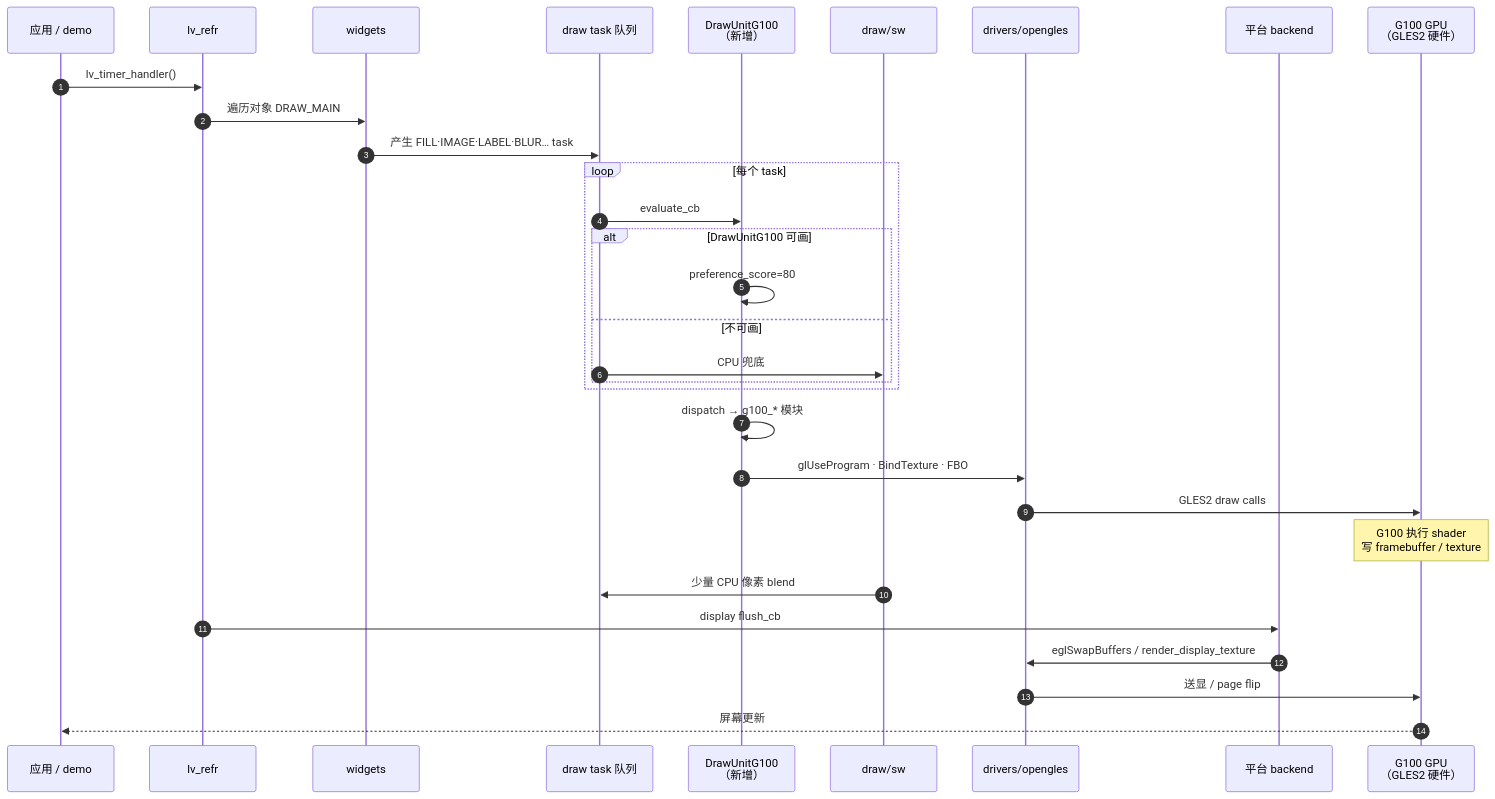
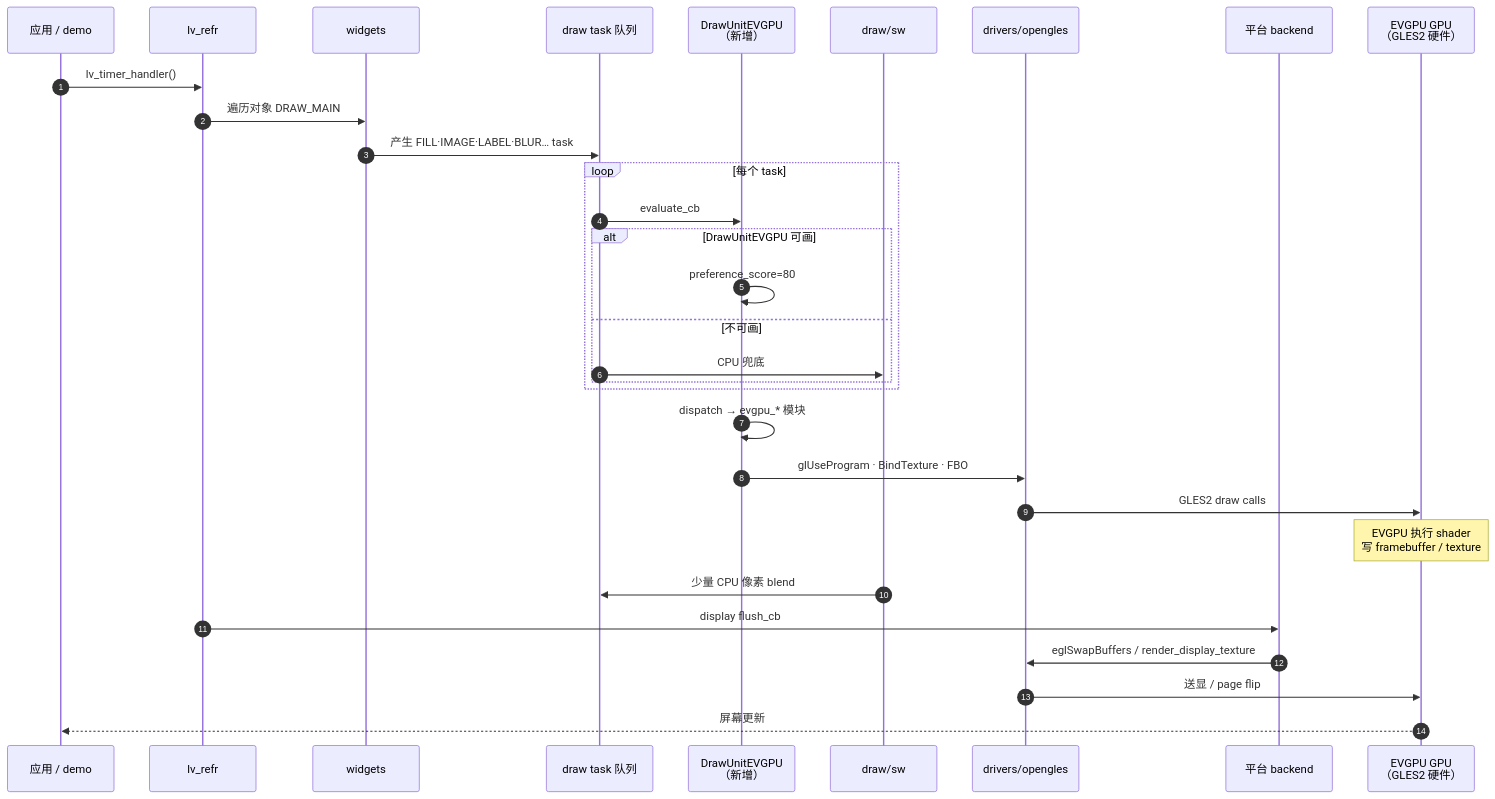
The fourth of 9 diagrams in docs/opengles2_gpu_integration_guide.md (ganzhong007/lv_port_linux), drawn with Mermaid before and after one commit. The commit also changed other lines of this file and 13 other files, not shown here.

````diff
--- a/docs/opengles2_gpu_integration_guide.md
+++ b/docs/opengles2_gpu_integration_guide.md
@@ -158,38 +158,38 @@
 ```mermaid
 sequenceDiagram
     autonumber
     participant App as 应用 / demo
     participant Refr as lv_refr
     participant W as widgets
     participant Q as draw task 队列
-    participant DU as DrawUnitG100<br/>（新增）
+    participant DU as DrawUnitEVGPU<br/>（新增）
     participant SW as draw/sw
     participant Drv as drivers/opengles
     participant BE as 平台 backend
-    participant GPU as G100 GPU<br/>（GLES2 硬件）
+    participant GPU as EVGPU GPU<br/>（GLES2 硬件）
 
     App->>Refr: lv_timer_handler()
     Refr->>W: 遍历对象 DRAW_MAIN
     W->>Q: 产生 FILL·IMAGE·LABEL·BLUR… task
 
     loop 每个 task
         Q->>DU: evaluate_cb
-        alt DrawUnitG100 可画
+        alt DrawUnitEVGPU 可画
             DU->>DU: preference_score=80
         else 不可画
             Q->>SW: CPU 兜底
         end
     end
 
-    DU->>DU: dispatch → g100_* 模块
+    DU->>DU: dispatch → evgpu_* 模块
     DU->>Drv: glUseProgram · BindTexture · FBO
     Drv->>GPU: GLES2 draw calls
-    Note over GPU: G100 执行 shader<br/>写 framebuffer / texture
+    Note over GPU: EVGPU 执行 shader<br/>写 framebuffer / texture
 
     SW->>Q: 少量 CPU 像素 blend
 
     Refr->>BE: display flush_cb
     BE->>Drv: eglSwapBuffers / render_display_texture
     Drv->>GPU: 送显 / page flip
     GPU-->>App: 屏幕更新
 ```
````
